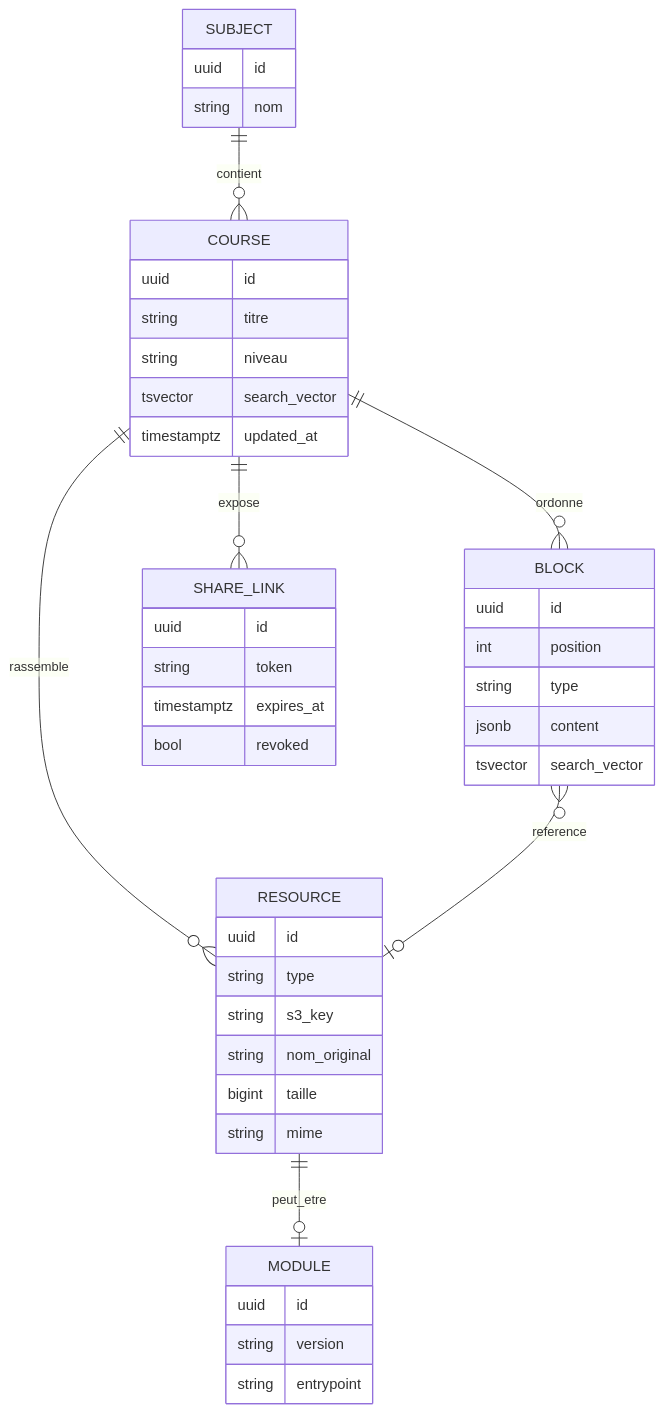
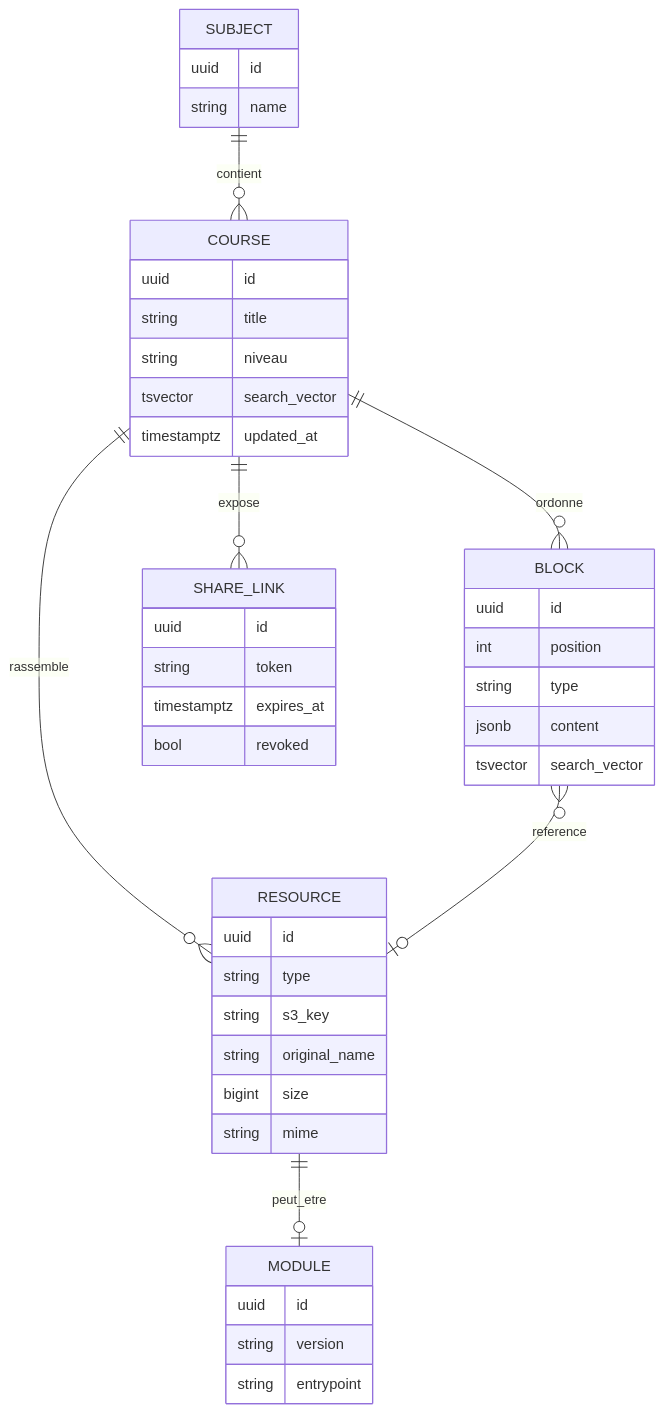
Before and after one commit to flobatard/OpenCartableRoot: the second of 2 diagrams in Assets/Descriptions.md, drawn with Mermaid. The commit also changed other lines of this file and 2 other files, not shown here.

Commit message:
Pass to go from french to english variables

````diff
--- a/Assets/Descriptions.md
+++ b/Assets/Descriptions.md
@@ -158,47 +158,47 @@
 ```mermaid
 erDiagram
     SUBJECT ||--o{ COURSE : contient
     COURSE  ||--o{ BLOCK : ordonne
     COURSE  ||--o{ RESOURCE : rassemble
     BLOCK   }o--o| RESOURCE : reference
     COURSE  ||--o{ SHARE_LINK : expose
     RESOURCE ||--o| MODULE : peut_etre
 
     SUBJECT {
       uuid id
-      string nom
+      string name
     }
     COURSE {
       uuid id
-      string titre
+      string title
       string niveau
       tsvector search_vector
       timestamptz updated_at
     }
     BLOCK {
       uuid id
       int position
       string type
       jsonb content
       tsvector search_vector
     }
     RESOURCE {
       uuid id
       string type
       string s3_key
-      string nom_original
-      bigint taille
+      string original_name
+      bigint size
       string mime
     }
     MODULE {
       uuid id
       string version
       string entrypoint
     }
     SHARE_LINK {
       uuid id
       string token
       timestamptz expires_at
       bool revoked
     }
 ```
````
